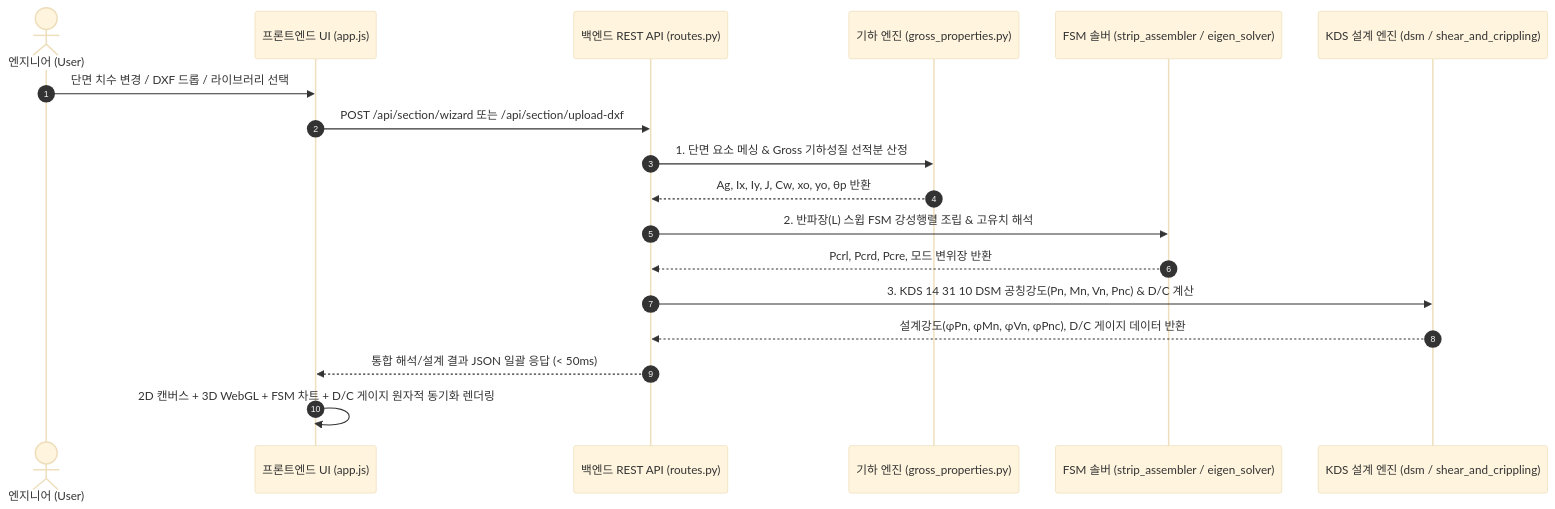
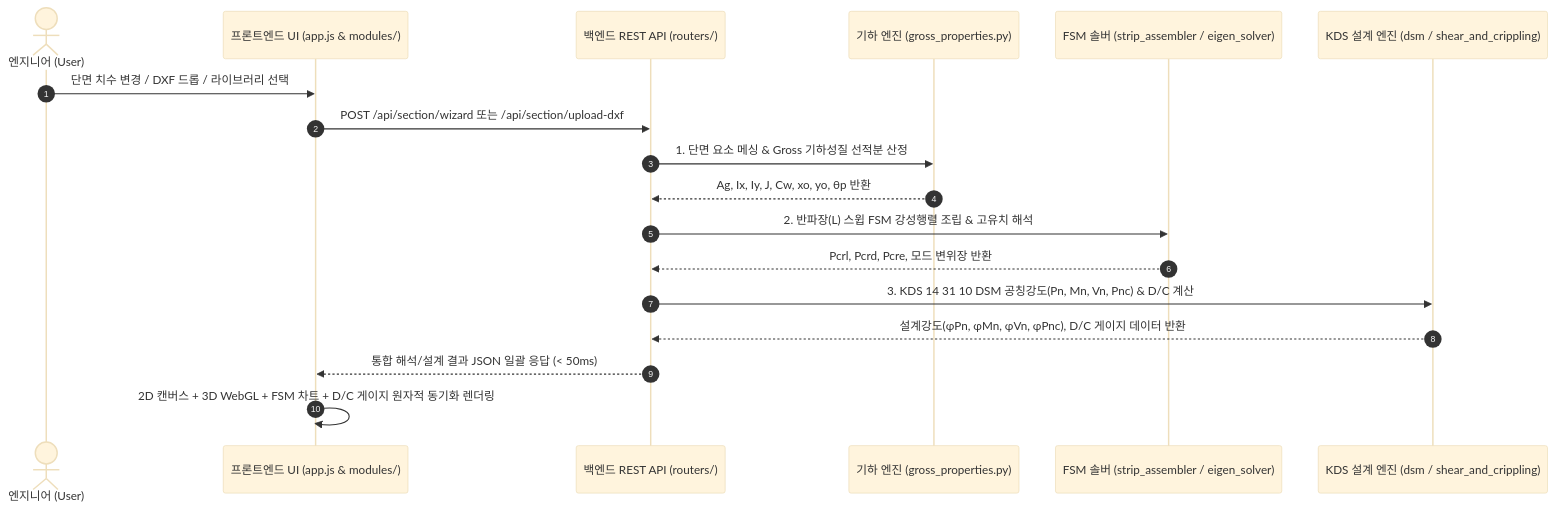
One commit to zlkiki/CFDesigner changed the second of 3 diagrams in docs/01_system_architecture.md. Above: the diagram before and after it, drawn with Mermaid (base theme). The commit also changed other lines of this file and 23 other files, not shown here.

Commit message:
refactor: 수퍼파일 모듈화 (FastAPI routers 분할 및 프론트엔드 ES Module mixin 전환) 및 기술 문서 최신화

````diff
--- a/docs/01_system_architecture.md
+++ b/docs/01_system_architecture.md
@@ -62,21 +63,21 @@
 ```mermaid
 sequenceDiagram
     autonumber
     actor User as 엔지니어 (User)
-    participant UI as 프론트엔드 UI (app.js)
-    participant API as 백엔드 REST API (routes.py)
+    participant UI as 프론트엔드 UI (app.js & modules/)
+    participant API as 백엔드 REST API (routers/)
     participant Geom as 기하 엔진 (gross_properties.py)
     participant FSM as FSM 솔버 (strip_assembler / eigen_solver)
     participant DSM as KDS 설계 엔진 (dsm / shear_and_crippling)
 
     User->>UI: 단면 치수 변경 / DXF 드롭 / 라이브러리 선택
     UI->>API: POST /api/section/wizard 또는 /api/section/upload-dxf
     API->>Geom: 1. 단면 요소 메싱 & Gross 기하성질 선적분 산정
     Geom-->>API: Ag, Ix, Iy, J, Cw, xo, yo, θp 반환
     API->>FSM: 2. 반파장(L) 스윕 FSM 강성행렬 조립 & 고유치 해석
     FSM-->>API: Pcrl, Pcrd, Pcre, 모드 변위장 반환
     API->>DSM: 3. KDS 14 31 10 DSM 공칭강도(Pn, Mn, Vn, Pnc) & D/C 계산
     DSM-->>API: 설계강도(φPn, φMn, φVn, φPnc), D/C 게이지 데이터 반환
     API-->>UI: 통합 해석/설계 결과 JSON 일괄 응답 (< 50ms)
     UI->>UI: 2D 캔버스 + 3D WebGL + FSM 차트 + D/C 게이지 원자적 동기화 렌더링
 ```
````
